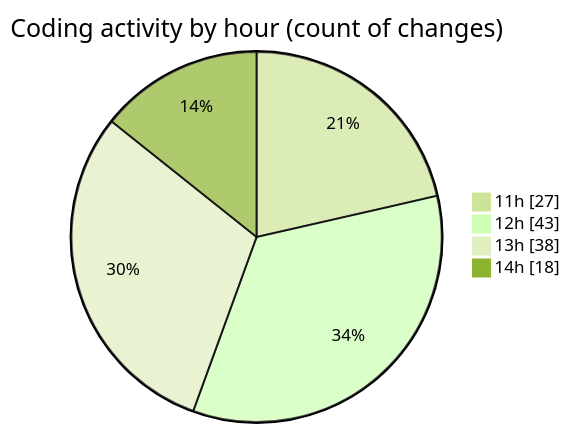
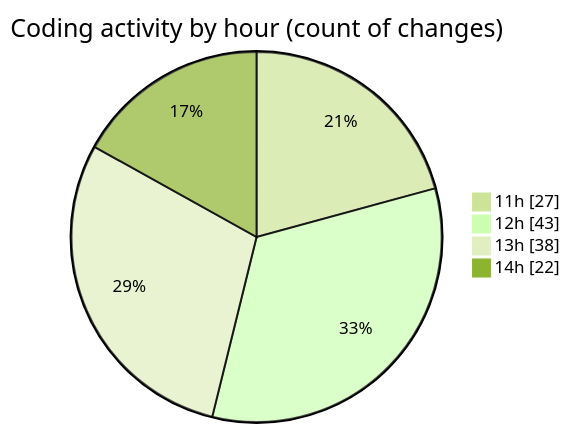
One commit to momahboobian/code-tracking changed the second of 2 diagrams in 2026-01-05/cda/README.md. Above: the diagram before and after it, drawn with Mermaid (forest theme). The commit also changed other lines of this file and 1 other file, not shown here.

````diff
--- a/2026-01-05/cda/README.md
+++ b/2026-01-05/cda/README.md
@@ -36,8 +36,8 @@
 ```mermaid
 pie showData
 title Coding activity by hour (count of changes)
 "11h" : 27
 "12h" : 43
 "13h" : 38
-"14h" : 18
+"14h" : 22
 ```
````
